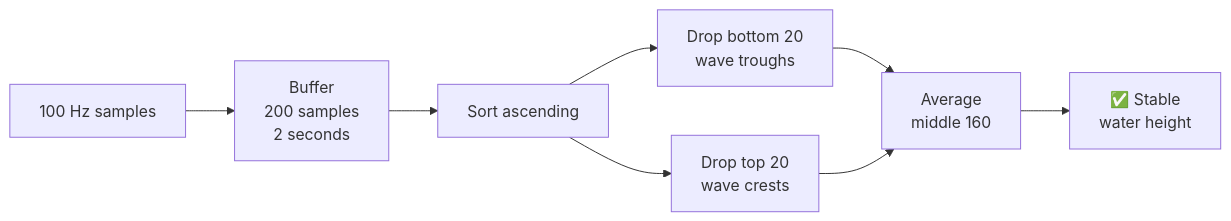
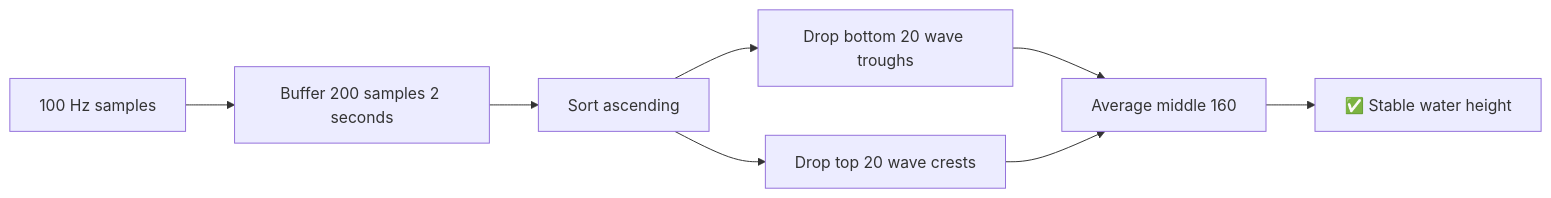
One commit to jden-art/Varuna changed the fourth of 10 diagrams in README.md. Above: the diagram before and after it, drawn with Mermaid. The commit also changed other lines of this file, not shown here.

````diff
--- a/README.md
+++ b/README.md
@@ -227,10 +228,10 @@
 ```mermaid
 flowchart LR
-    A["100 Hz samples"] --> B["Buffer\n200 samples\n2 seconds"]
+    A["100 Hz samples"] --> B["Buffer 200 samples 2 seconds"]
     B --> C["Sort ascending"]
-    C --> D["Drop bottom 20\nwave troughs"]
-    C --> E["Drop top 20\nwave crests"]
-    D --> F["Average\nmiddle 160"]
+    C --> D["Drop bottom 20 wave troughs"]
+    C --> E["Drop top 20 wave crests"]
+    D --> F["Average middle 160"]
     E --> F
-    F --> G["✅ Stable\nwater height"]
+    F --> G["✅ Stable water height"]
 ```
````
